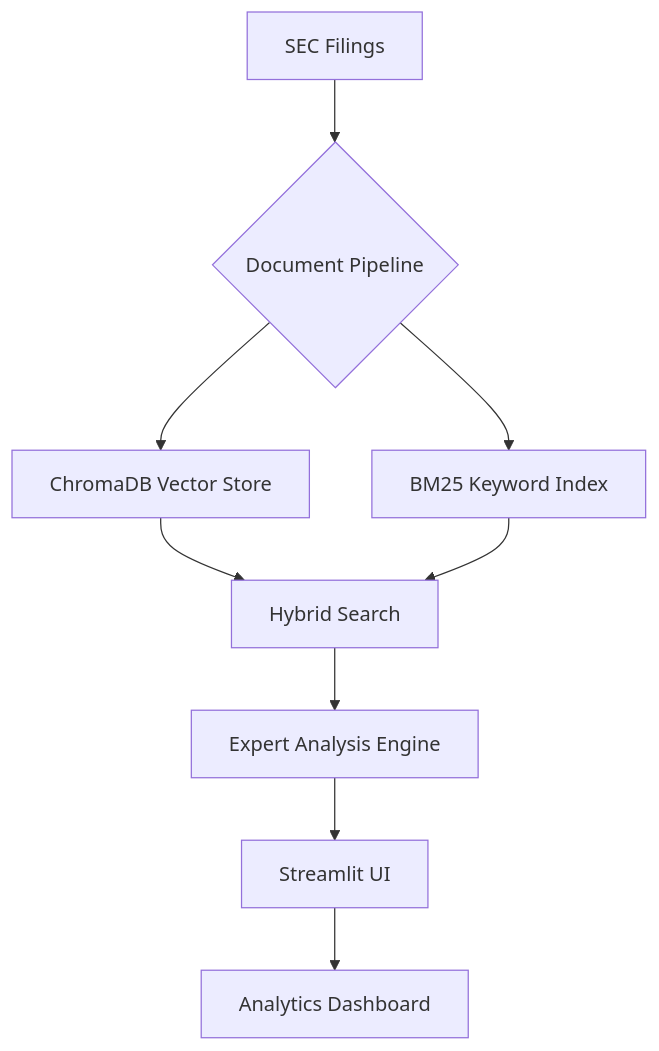
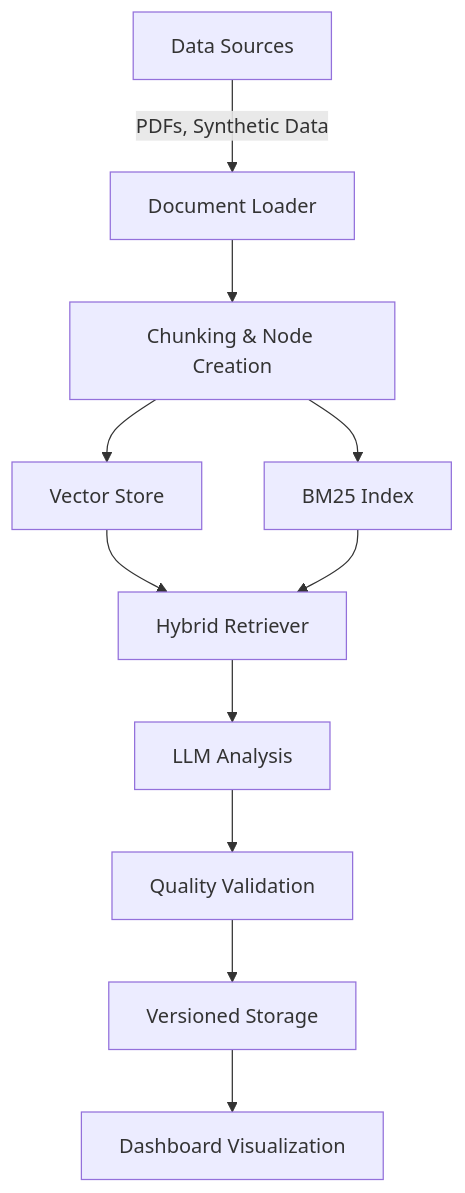
The diagram in LlamaIndex/End-to-End Project/README.md (SyedArmghanAhmad/LlamaIndex-Complete-with-Projects), drawn with Mermaid before and after one commit. The commit also changed other lines of this file and 41 other files, not shown here.

````diff
--- a/LlamaIndex/End-to-End Project/README.md
+++ b/LlamaIndex/End-to-End Project/README.md
@@ -111,11 +105,13 @@
 ```mermaid
 graph TD
-    A[SEC Filings] --> B{Document Pipeline}
-    B --> C[ChromaDB Vector Store]
-    B --> D[BM25 Keyword Index]
-    C --> E[Hybrid Search]
-    D --> E
-    E --> F[Expert Analysis Engine]
-    F --> G[Streamlit UI]
-    G --> H[Analytics Dashboard]
+    A[Data Sources] -->|PDFs, Synthetic Data| B[Document Loader]
+    B --> C[Chunking & Node Creation]
+    C --> D[Vector Store]
+    C --> E[BM25 Index]
+    D --> F[Hybrid Retriever]
+    E --> F
+    F --> G[LLM Analysis]
+    G --> H[Quality Validation]
+    H --> I[Versioned Storage]
+    I --> J[Dashboard Visualization]
 ```
````
